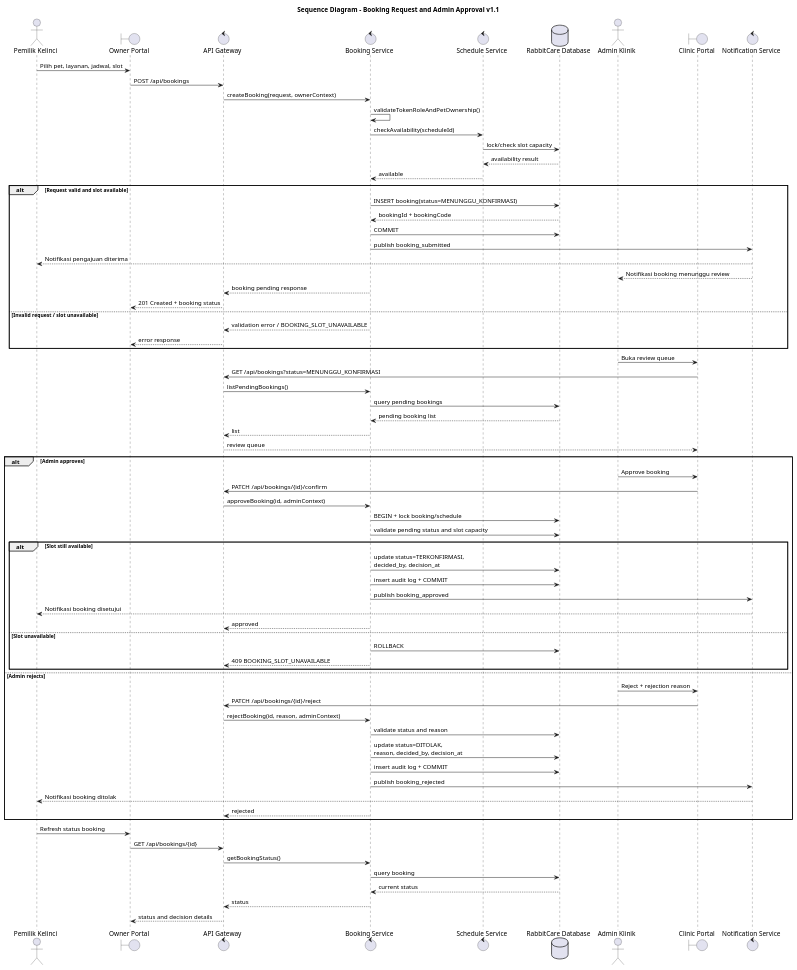
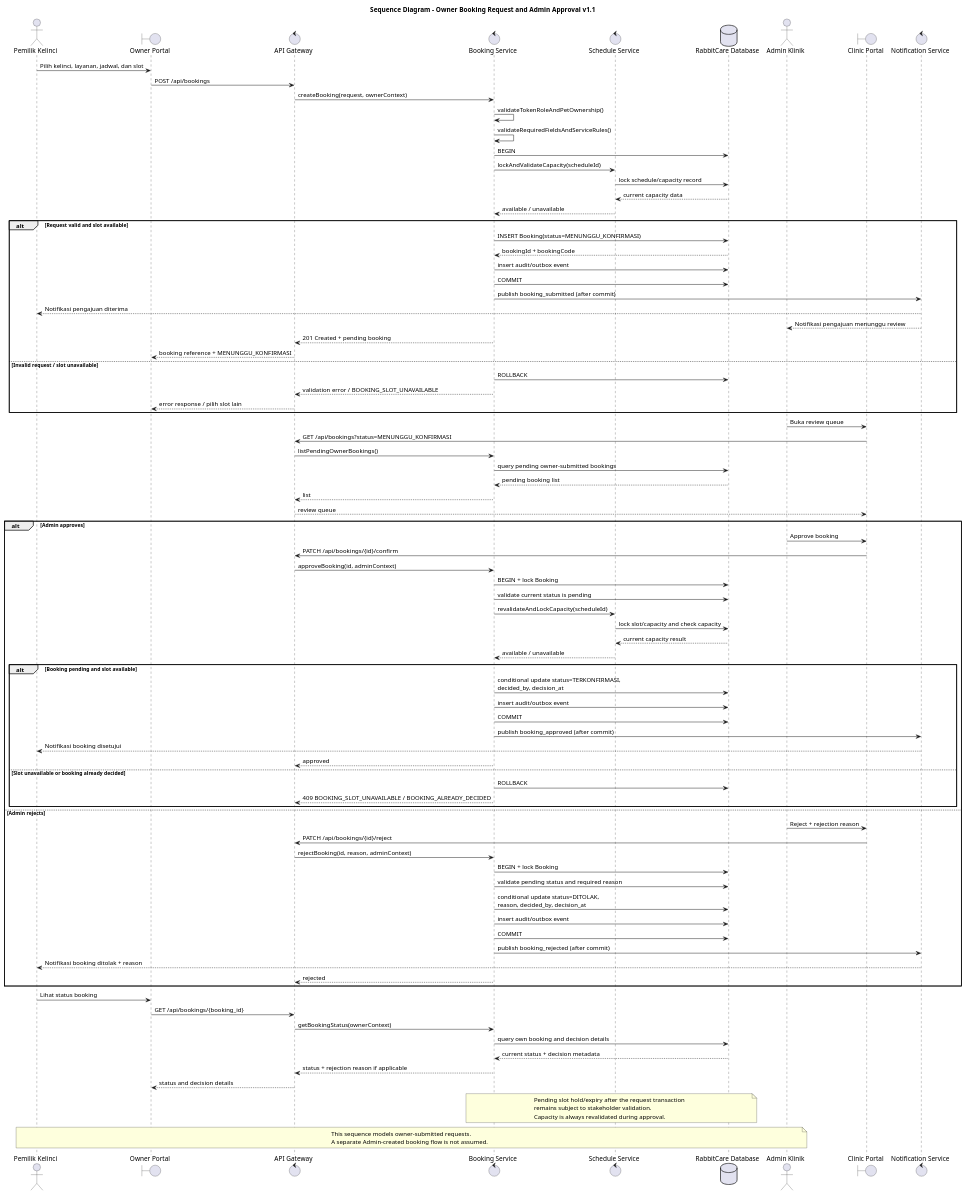
Before and after one commit to anggitasilmyy/rabbitcare-system-analysis: the diagram in plantuml/refinement/11_sequence_booking_v1.1.puml, drawn with PlantUML. The commit also changed 16 other files, not shown here.

First line of the commit message:
docs: refine RabbitCare analysis and UML diagrams v1.1

```diff
--- a/plantuml/refinement/11_sequence_booking_v1.1.puml
+++ b/plantuml/refinement/11_sequence_booking_v1.1.puml
@@ -1,81 +1,103 @@
 @startuml
 skinparam shadowing false
-title Sequence Diagram - Booking Request and Admin Approval v1.1
+title Sequence Diagram - Owner Booking Request and Admin Approval v1.1
 
 actor "Pemilik Kelinci" as Owner
 boundary "Owner Portal" as OUI
 control "API Gateway" as API
 control "Booking Service" as BS
 control "Schedule Service" as SS
 database "RabbitCare Database" as DB
 actor "Admin Klinik" as Admin
 boundary "Clinic Portal" as CUI
 control "Notification Service" as NS
 
-Owner -> OUI : Pilih pet, layanan, jadwal, slot
+Owner -> OUI : Pilih kelinci, layanan, jadwal, dan slot
 OUI -> API : POST /api/bookings
 API -> BS : createBooking(request, ownerContext)
 BS -> BS : validateTokenRoleAndPetOwnership()
-BS -> SS : checkAvailability(scheduleId)
-SS -> DB : lock/check slot capacity
-DB --> SS : availability result
-SS --> BS : available
+BS -> BS : validateRequiredFieldsAndServiceRules()
+BS -> DB : BEGIN
+BS -> SS : lockAndValidateCapacity(scheduleId)
+SS -> DB : lock schedule/capacity record
+DB --> SS : current capacity data
+SS --> BS : available / unavailable
 
 alt Request valid and slot available
-  BS -> DB : INSERT booking(status=MENUNGGU_KONFIRMASI)
+  BS -> DB : INSERT Booking(status=MENUNGGU_KONFIRMASI)
   DB --> BS : bookingId + bookingCode
+  BS -> DB : insert audit/outbox event
   BS -> DB : COMMIT
-  BS -> NS : publish booking_submitted
+  BS -> NS : publish booking_submitted (after commit)
   NS --> Owner : Notifikasi pengajuan diterima
-  NS --> Admin : Notifikasi booking menunggu review
-  BS --> API : booking pending response
-  API --> OUI : 201 Created + booking status
+  NS --> Admin : Notifikasi pengajuan menunggu review
+  BS --> API : 201 Created + pending booking
+  API --> OUI : booking reference + MENUNGGU_KONFIRMASI
 else Invalid request / slot unavailable
+  BS -> DB : ROLLBACK
   BS --> API : validation error / BOOKING_SLOT_UNAVAILABLE
-  API --> OUI : error response
+  API --> OUI : error response / pilih slot lain
 end
 
 Admin -> CUI : Buka review queue
 CUI -> API : GET /api/bookings?status=MENUNGGU_KONFIRMASI
-API -> BS : listPendingBookings()
-BS -> DB : query pending bookings
+API -> BS : listPendingOwnerBookings()
+BS -> DB : query pending owner-submitted bookings
 DB --> BS : pending booking list
 BS --> API : list
 API --> CUI : review queue
 
 alt Admin approves
   Admin -> CUI : Approve booking
   CUI -> API : PATCH /api/bookings/{id}/confirm
   API -> BS : approveBooking(id, adminContext)
-  BS -> DB : BEGIN + lock booking/schedule
-  BS -> DB : validate pending status and slot capacity
-  alt Slot still available
-    BS -> DB : update status=TERKONFIRMASI,\ndecided_by, decision_at
-    BS -> DB : insert audit log + COMMIT
-    BS -> NS : publish booking_approved
+  BS -> DB : BEGIN + lock Booking
+  BS -> DB : validate current status is pending
+  BS -> SS : revalidateAndLockCapacity(scheduleId)
+  SS -> DB : lock slot/capacity and check capacity
+  DB --> SS : current capacity result
+  SS --> BS : available / unavailable
+  alt Booking pending and slot available
+    BS -> DB : conditional update status=TERKONFIRMASI,\ndecided_by, decision_at
+    BS -> DB : insert audit/outbox event
+    BS -> DB : COMMIT
+    BS -> NS : publish booking_approved (after commit)
     NS --> Owner : Notifikasi booking disetujui
     BS --> API : approved
-  else Slot unavailable
+  else Slot unavailable or booking already decided
     BS -> DB : ROLLBACK
-    BS --> API : 409 BOOKING_SLOT_UNAVAILABLE
+    BS --> API : 409 BOOKING_SLOT_UNAVAILABLE / BOOKING_ALREADY_DECIDED
   end
 else Admin rejects
   Admin -> CUI : Reject + rejection reason
   CUI -> API : PATCH /api/bookings/{id}/reject
   API -> BS : rejectBooking(id, reason, adminContext)
-  BS -> DB : validate status and reason
-  BS -> DB : update status=DITOLAK,\nreason, decided_by, decision_at
-  BS -> DB : insert audit log + COMMIT
-  BS -> NS : publish booking_rejected
-  NS --> Owner : Notifikasi booking ditolak
+  BS -> DB : BEGIN + lock Booking
+  BS -> DB : validate pending status and required reason
+  BS -> DB : conditional update status=DITOLAK,\nreason, decided_by, decision_at
+  BS -> DB : insert audit/outbox event
+  BS -> DB : COMMIT
+  BS -> NS : publish booking_rejected (after commit)
+  NS --> Owner : Notifikasi booking ditolak + reason
   BS --> API : rejected
 end
 
-Owner -> OUI : Refresh status booking
-OUI -> API : GET /api/bookings/{id}
-API -> BS : getBookingStatus()
-BS -> DB : query booking
-DB --> BS : current status
-BS --> API : status
+Owner -> OUI : Lihat status booking
+OUI -> API : GET /api/bookings/{booking_id}
+API -> BS : getBookingStatus(ownerContext)
+BS -> DB : query own booking and decision details
+DB --> BS : current status + decision metadata
+BS --> API : status + rejection reason if applicable
 API --> OUI : status and decision details
+
+note over BS,DB
+  Pending slot hold/expiry after the request transaction
+  remains subject to stakeholder validation.
+  Capacity is always revalidated during approval.
+end note
+
+note over Owner,Admin
+  This sequence models owner-submitted requests.
+  A separate Admin-created booking flow is not assumed.
+end note
 @enduml
```
